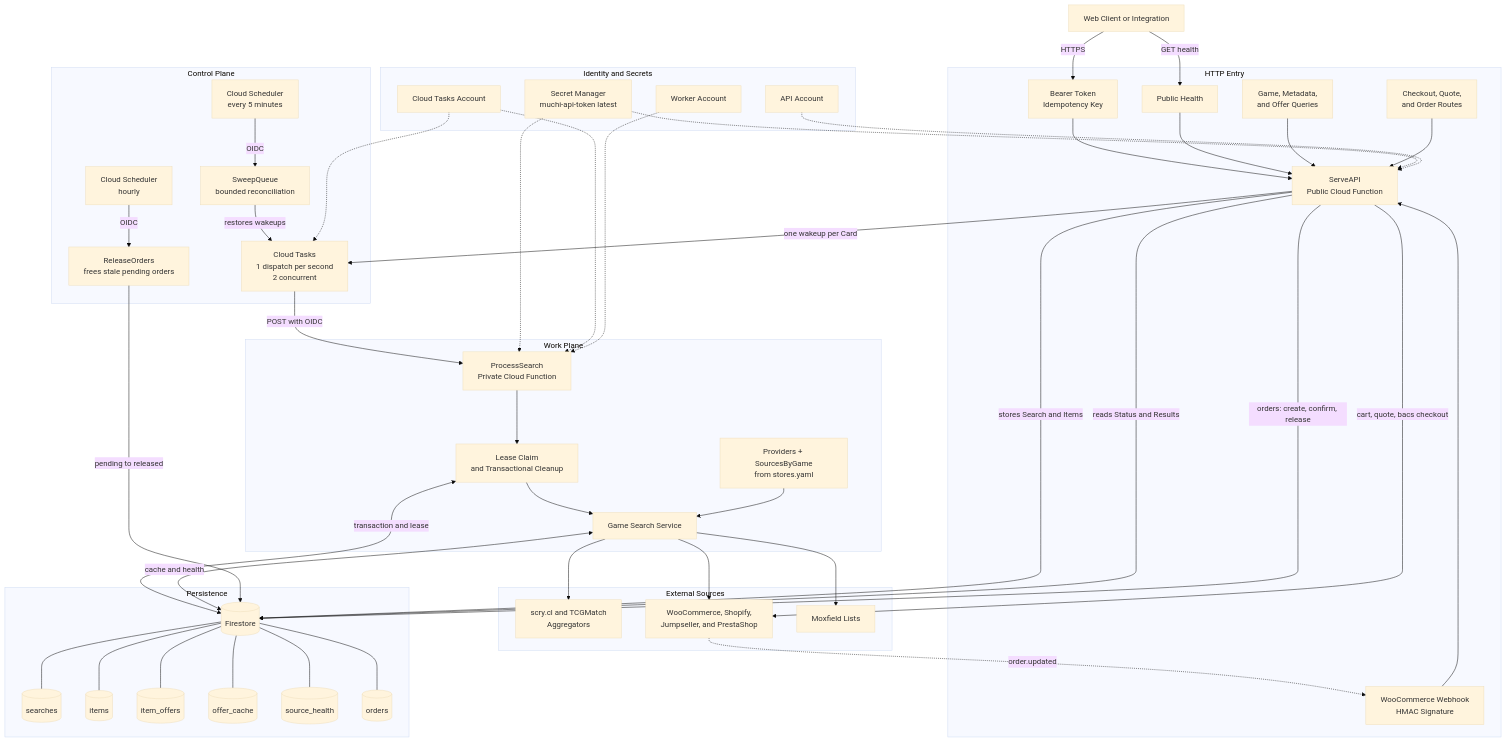
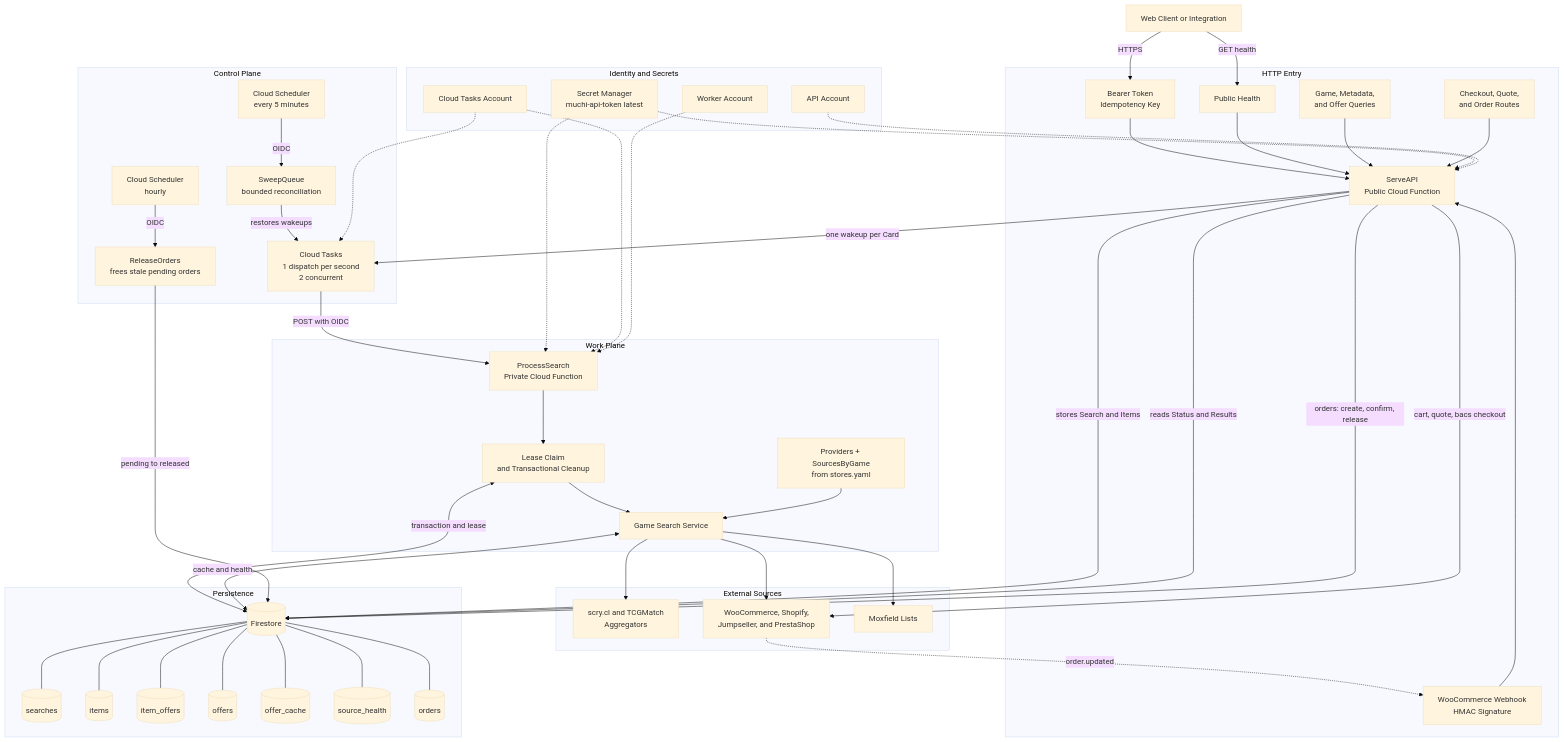
One commit to metaliaw/muchi changed the first of 4 diagrams in backend/docs/architecture.md. Above: the diagram before and after it, drawn with Mermaid (base theme). The commit also changed 14 other files, not shown here.

```diff
--- a/backend/docs/architecture.md
+++ b/backend/docs/architecture.md
@@ -72,13 +72,15 @@
         firestore[(Firestore)]
         searches[(searches)]
         items[(items)]
-        offers[(item_offers)]
+        itemOffers[(item_offers)]
+        offerIndex[(offers)]
         cache[(offer_cache)]
         healthStore[(source_health)]
         ordersStore[(orders)]
         firestore --- searches
         firestore --- items
-        firestore --- offers
+        firestore --- itemOffers
+        firestore --- offerIndex
         firestore --- cache
         firestore --- healthStore
         firestore --- ordersStore
```
